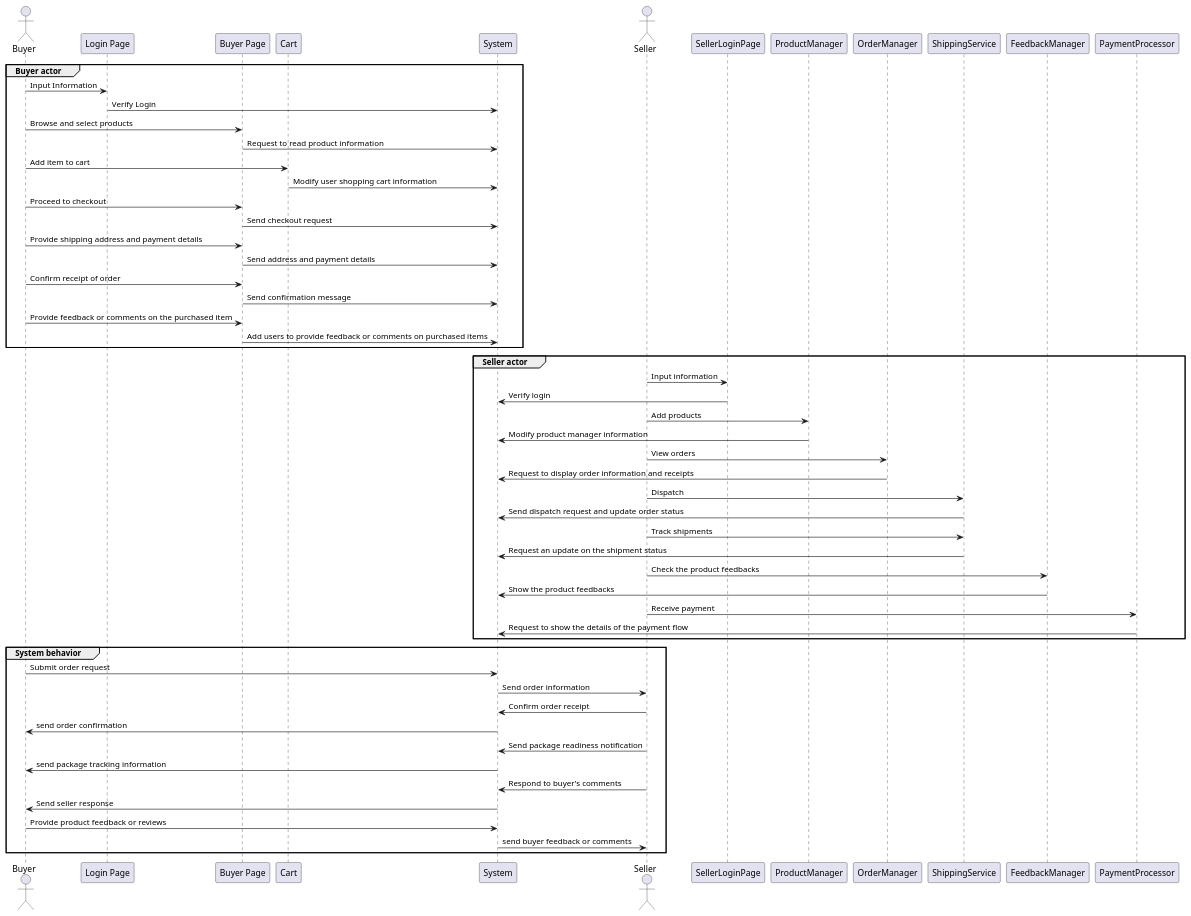
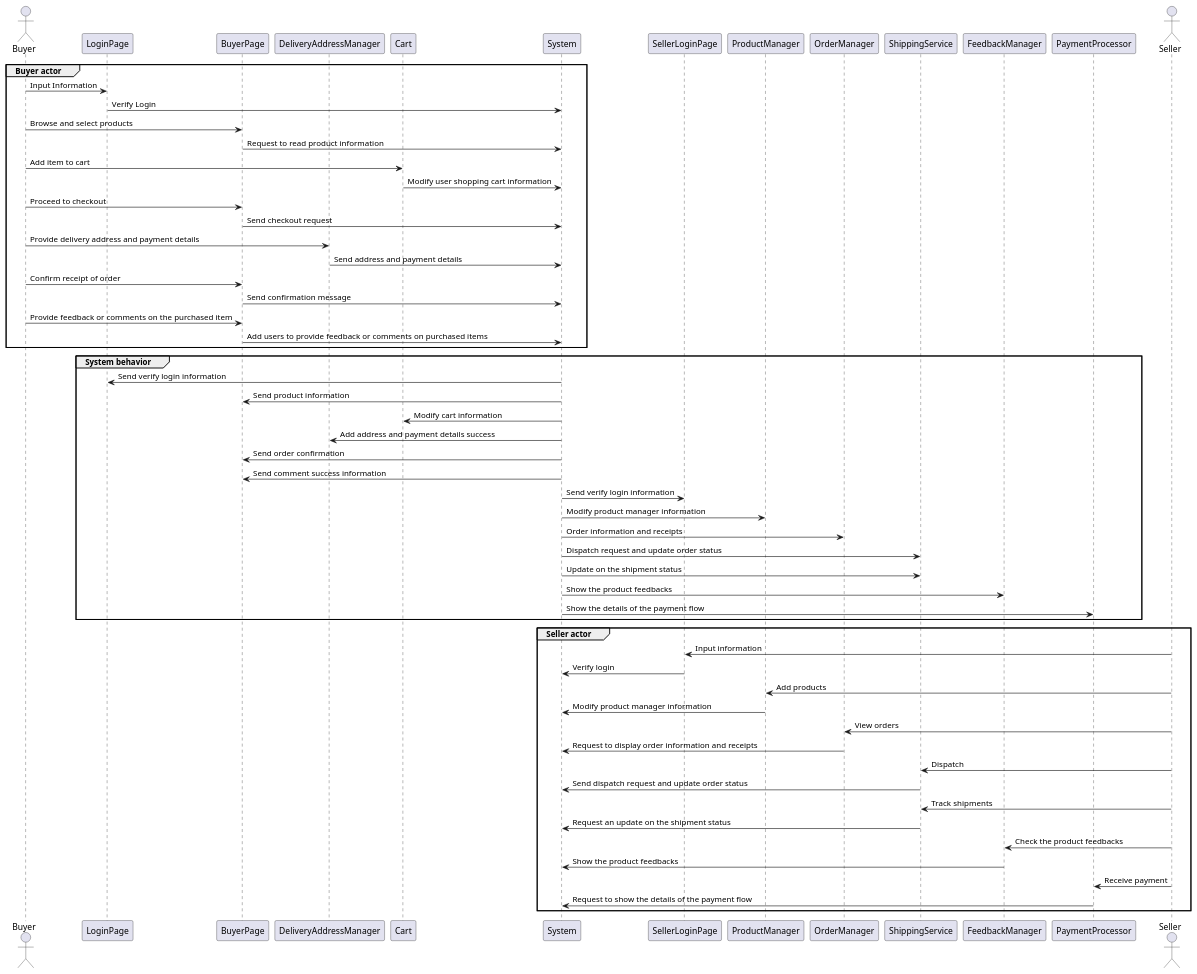
Before and after one commit to HouV001/sequence_diagram_of_secondhand_market: the diagram in sequence.puml, drawn with PlantUML.

```diff
--- a/sequence.puml
+++ b/sequence.puml
@@ -1,68 +1,81 @@
 @startuml
 actor Buyer
-participant "Login Page" as LoginPage
-participant "Buyer Page" as BuyerPage
-participant "Cart" as Cart
+participant LoginPage
+participant BuyerPage
+participant DeliveryAddressManager
+participant Cart
 
 
 participant "System" as System
 
-
-
+participant SellerLoginPage
+participant ProductManager
+participant OrderManager
+participant ShippingService
+participant FeedbackManager
+participant PaymentProcessor
 actor Seller
 
 group Buyer actor
 Buyer -> LoginPage: Input Information
 LoginPage -> System: Verify Login
 Buyer -> BuyerPage: Browse and select products
 BuyerPage -> System: Request to read product information
 Buyer -> Cart: Add item to cart
 Cart -> System: Modify user shopping cart information
 Buyer -> BuyerPage: Proceed to checkout
 BuyerPage -> System: Send checkout request
-Buyer -> BuyerPage: Provide shipping address and payment details
-BuyerPage -> System: Send address and payment details
+Buyer -> DeliveryAddressManager: Provide delivery address and payment details
+DeliveryAddressManager -> System: Send address and payment details
 Buyer -> BuyerPage: Confirm receipt of order
 BuyerPage -> System: Send confirmation message
 Buyer -> BuyerPage: Provide feedback or comments on the purchased item
 BuyerPage -> System: Add users to provide feedback or comments on purchased items
 end
+
+
+group System behavior
+
+System -> LoginPage: Send verify login information
+System -> BuyerPage: Send product information
+System -> Cart: Modify cart information
+System -> DeliveryAddressManager: Add address and payment details success
+System -> BuyerPage: Send order confirmation
+System -> BuyerPage: Send comment success information
+
+System -> SellerLoginPage: Send verify login information
+System -> ProductManager: Modify product manager information
+System -> OrderManager: Order information and receipts
+System -> ShippingService: Dispatch request and update order status
+System -> ShippingService: Update on the shipment status
+System -> FeedbackManager: Show the product feedbacks
+System -> PaymentProcessor: Show the details of the payment flow
+
+
+end
+
 
 group Seller actor
 Seller -> SellerLoginPage: Input information
 SellerLoginPage -> System: Verify login
 Seller -> ProductManager: Add products
 ProductManager -> System: Modify product manager information
 Seller -> OrderManager: View orders
 OrderManager -> System: Request to display order information and receipts
 Seller -> ShippingService: Dispatch
 ShippingService -> System: Send dispatch request and update order status
 Seller -> ShippingService: Track shipments
 ShippingService -> System: Request an update on the shipment status
 Seller -> FeedbackManager: Check the product feedbacks
 FeedbackManager -> System: Show the product feedbacks
 Seller -> PaymentProcessor: Receive payment
 PaymentProcessor -> System: Request to show the details of the payment flow
 end
-
-group System behavior
-Buyer -> System: Submit order request
-System -> Seller: Send order information
-Seller -> System: Confirm order receipt
-System -> Buyer: send order confirmation
-Seller -> System: Send package readiness notification
-System -> Buyer: send package tracking information
-Seller -> System: Respond to buyer's comments
-System -> Buyer: Send seller response
-Buyer -> System: Provide product feedback or reviews
-System -> Seller: send buyer feedback or comments
-end
-
 'group seller behavior
 'Seller -> System: Add products to the System
 'Seller -> System: Receive and process orders
 'Seller -> System: Prepare and send packages
 'Seller -> System: Responding to buyer comments
 'end
 
 @enduml
```
